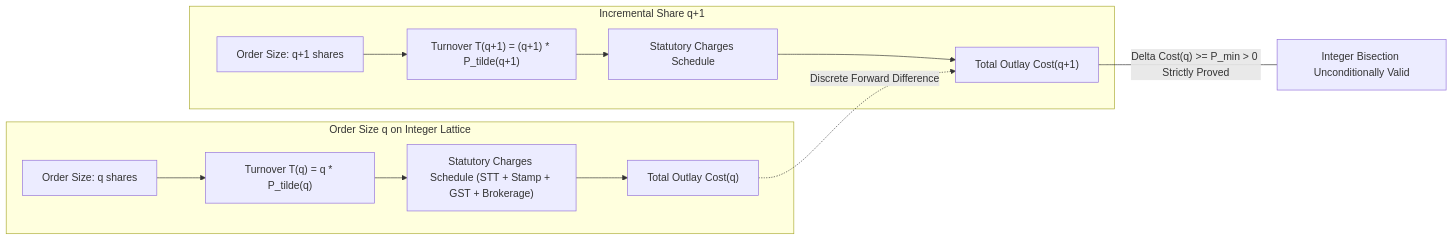
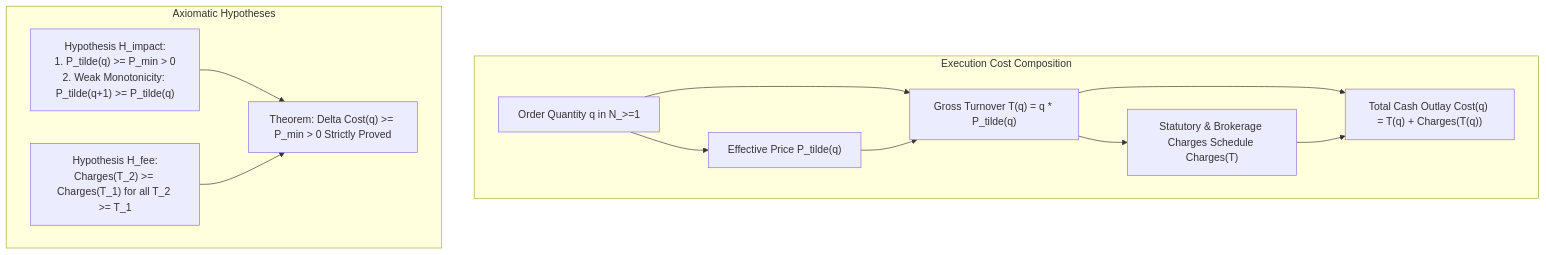
One commit to 2k25it2514261-cloud/alphaniti changed the first of 6 diagrams in README.md. Above: the diagram before and after it, drawn with Mermaid. The commit also changed other lines of this file, not shown here.

Commit message:
docs: formalize AlphaNiti v16.0 definitive theoretical architecture specification

````diff
--- a/README.md
+++ b/README.md
@@ -92,17 +24,15 @@
 ```mermaid
-graph LR
-    subgraph Order Size q on Integer Lattice
-        q1["Order Size: q shares"] --> T1["Turnover T(q) = q * P_tilde(q)"]
-        T1 --> C1["Statutory Charges Schedule (STT + Stamp + GST + Brokerage)"]
-        C1 --> Cost1["Total Outlay Cost(q)"]
+graph TD
+    subgraph Execution Cost Composition
+        Q["Order Quantity q in N_>=1"] --> P["Effective Price P_tilde(q)"]
+        Q & P --> T["Gross Turnover T(q) = q * P_tilde(q)"]
+        T --> C["Statutory & Brokerage Charges Schedule Charges(T)"]
+        T & C --> Cost["Total Cash Outlay Cost(q) = T(q) + Charges(T(q))"]
     end
 
-    subgraph Incremental Share q+1
-        q2["Order Size: q+1 shares"] --> T2["Turnover T(q+1) = (q+1) * P_tilde(q+1)"]
-        T2 --> C2["Statutory Charges Schedule"]
-        C2 --> Cost2["Total Outlay Cost(q+1)"]
+    subgraph Axiomatic Hypotheses
+        H1["Hypothesis H_impact:<br>1. P_tilde(q) >= P_min > 0<br>2. Weak Monotonicity: P_tilde(q+1) >= P_tilde(q)"]
+        H2["Hypothesis H_fee:<br>Charges(T_2) >= Charges(T_1) for all T_2 >= T_1"]
+        H1 & H2 --> TH["Theorem: Delta Cost(q) >= P_min > 0 Strictly Proved"]
     end
-
-    Cost1 -.->|Discrete Forward Difference| Cost2
-    Cost2 ---|"Delta Cost(q) >= P_min > 0 Strictly Proved"| VALID["Integer Bisection Unconditionally Valid"]
 ```
````
